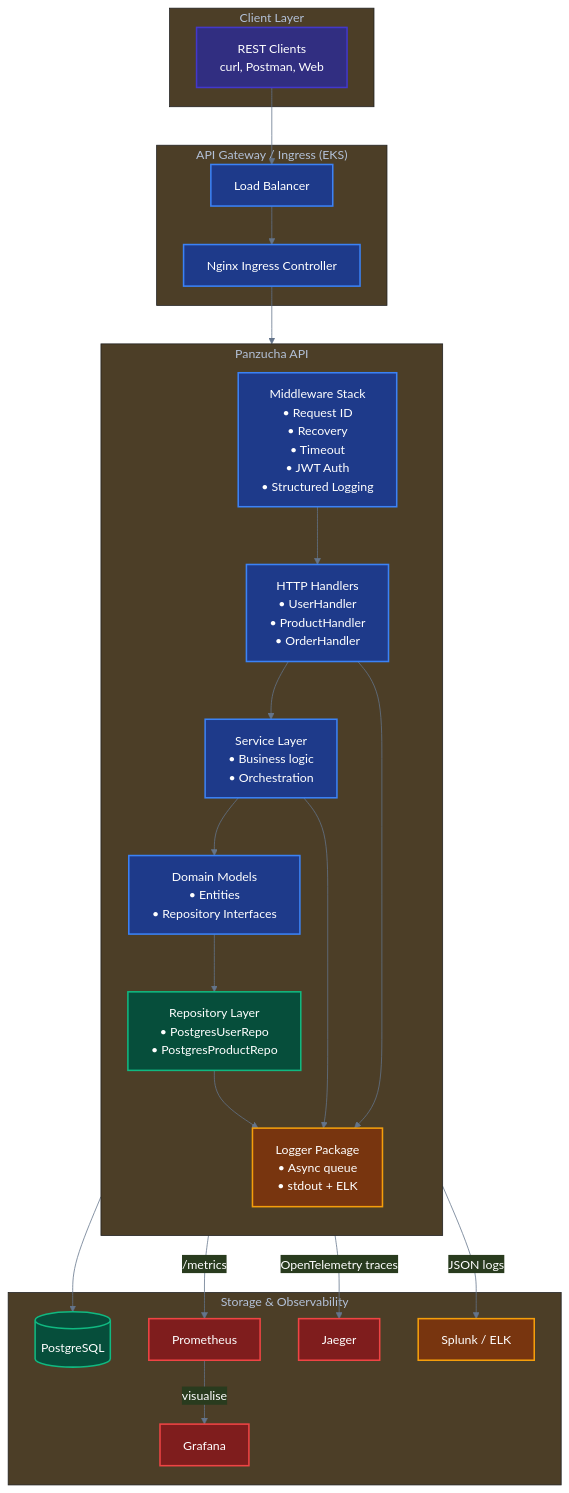
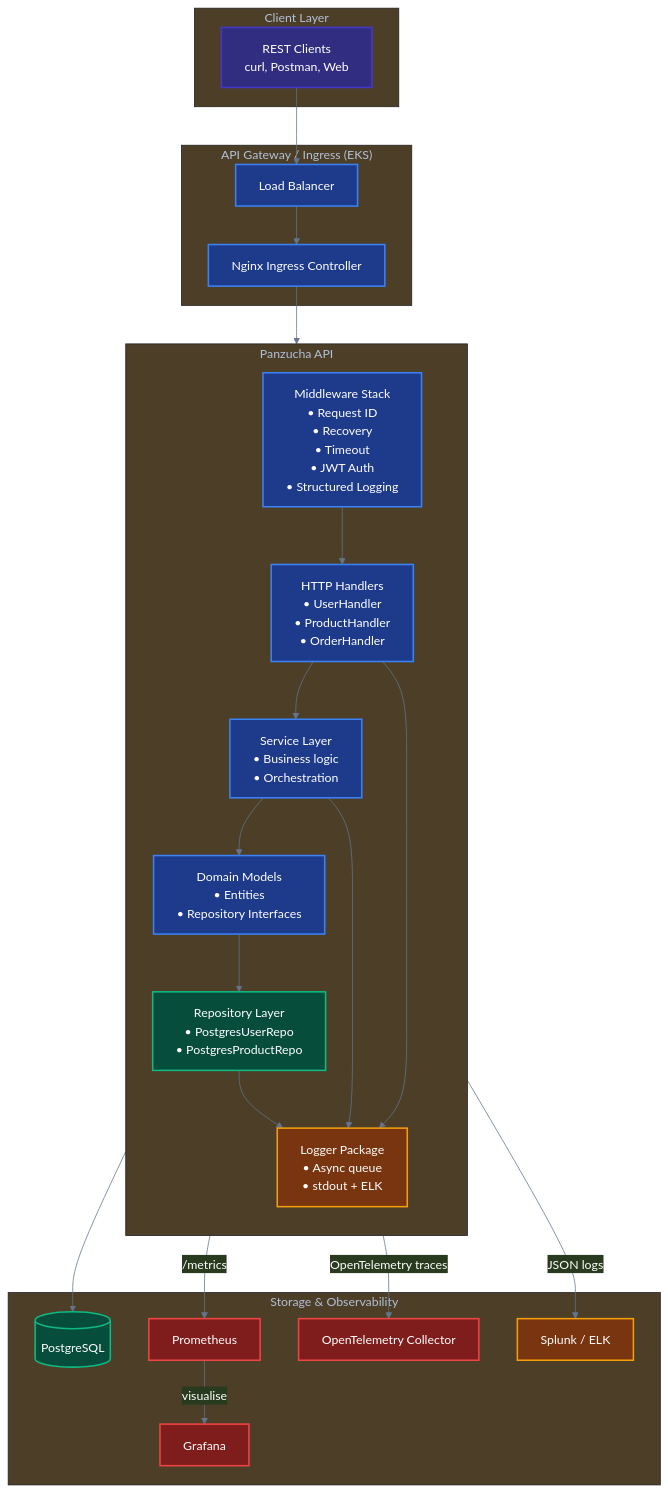
Before and after one commit to smashraid/panzucha: the diagram in README.md, drawn with Mermaid. The commit also changed other lines of this file and 1 other file, not shown here.

Commit message:
docs: replace jaeger with opentelemetry collector references

````diff
--- a/README.md
+++ b/README.md
@@ -70,68 +70,68 @@
 ```mermaid
 %%{init: {'theme': 'base', 'themeVariables': { 'primaryColor': '#1e293b', 'primaryTextColor': '#ffffff', 'primaryBorderColor': '#475569', 'lineColor': '#64748b', 'background': '#0f172a'}}}%%
 flowchart TB
 
   subgraph Client_Layer["Client Layer"]
     REST[REST Clients<br>curl, Postman, Web]
   end
 
   subgraph API_Gateway["API Gateway / Ingress (EKS)"]
     LB[Load Balancer]
     Ingress[Nginx Ingress Controller]
   end
 
   subgraph Panzucha_API["Panzucha API"]
     direction TB
     Middleware[Middleware Stack<br>• Request ID<br>• Recovery<br>• Timeout<br>• JWT Auth<br>• Structured Logging]
     Handlers[HTTP Handlers<br>• UserHandler<br>• ProductHandler<br>• OrderHandler]
     Services[Service Layer<br>• Business logic<br>• Orchestration]
     Domain[Domain Models<br>• Entities<br>• Repository Interfaces]
     Repo[Repository Layer<br>• PostgresUserRepo<br>• PostgresProductRepo]
     LoggerPkg[Logger Package<br>• Async queue<br>• stdout + ELK]
   end
 
   subgraph Storage_Observability["Storage & Observability"]
     PG[(PostgreSQL)]
     Prometheus[Prometheus]
     Grafana[Grafana]
-    Jaeger[Jaeger]
+    OTelCollector[OpenTelemetry Collector]
     Splunk[Splunk / ELK]
   end
 
   %% Routing Connections
   REST --> LB
   LB --> Ingress
   Ingress --> Middleware
 
   %% API Internal Flow
   Middleware --> Handlers
   Handlers --> Services
   Services --> Domain
   Domain --> Repo
   Repo --> PG
 
   %% Telemetry and Logging Connections
   Services --> LoggerPkg
   Handlers --> LoggerPkg
   Repo --> LoggerPkg
   LoggerPkg -->|JSON logs| Splunk
 
   Handlers -->|/metrics| Prometheus
   Prometheus -->|visualise| Grafana
-  Services -->|OpenTelemetry traces| Jaeger
+  Services -->|OpenTelemetry traces| OTelCollector
 
   %% Class Styling for High Contrast
   classDef default fill:#2d3748,stroke:#4a5568,stroke-width:2px,color:#ffffff;
   classDef client fill:#312e81,stroke:#4338ca,stroke-width:2px,color:#ffffff;
   classDef gateway fill:#1e3a8a,stroke:#3b82f6,stroke-width:2px,color:#ffffff;
   classDef storage fill:#064e3b,stroke:#10b981,stroke-width:2px,color:#ffffff;
   classDef logs fill:#78350f,stroke:#f59e0b,stroke-width:2px,color:#ffffff;
   classDef metrics fill:#7f1d1d,stroke:#ef4444,stroke-width:2px,color:#ffffff;
 
   %% Apply Classes
   class REST client;
   class LB,Ingress,Middleware,Handlers,Services,Domain gateway;
   class Repo,PG storage;
   class LoggerPkg,Splunk logs;
-  class Prometheus,Grafana,Jaeger metrics;
+  class Prometheus,Grafana,OTelCollector metrics;
 ```
````
